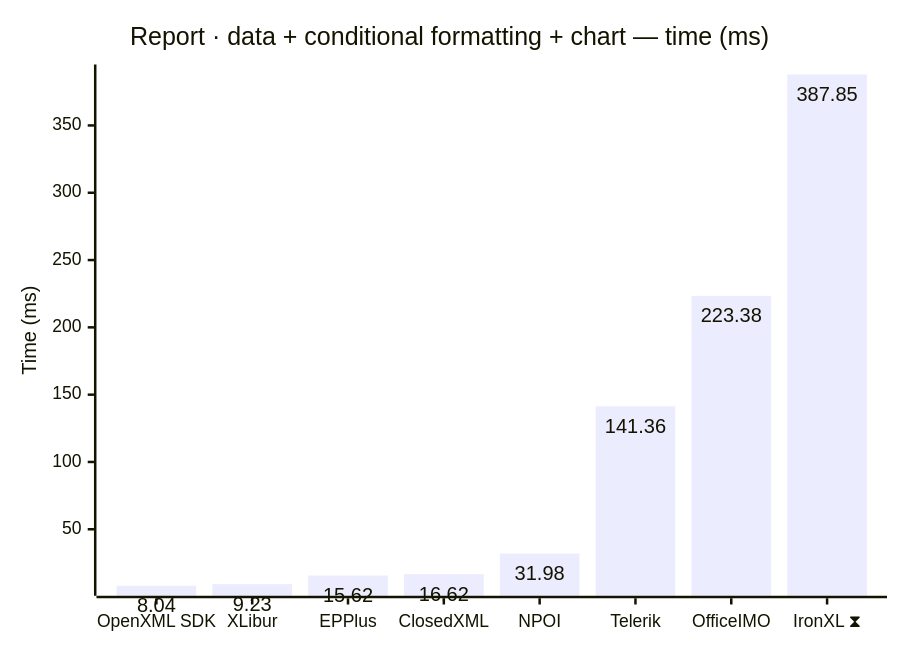
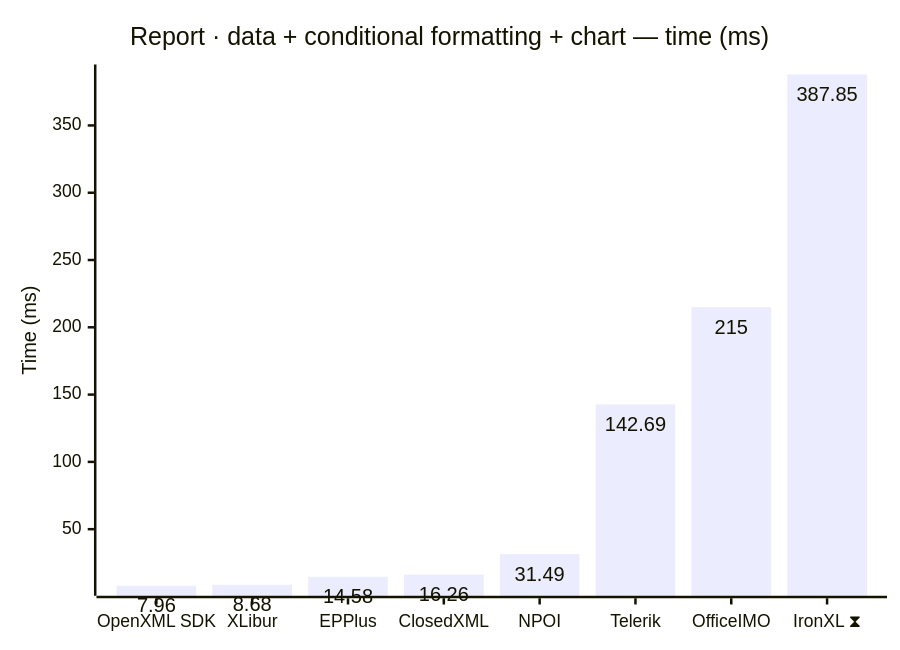
One commit to jafin/XLBench changed the seventh of 12 diagrams in docs/results.md. Above: the diagram before and after it, drawn with Mermaid. The commit also changed other lines of this file and 5 other files, not shown here.

````diff
--- a/docs/results.md
+++ b/docs/results.md
@@ -120,12 +120,12 @@
 ```mermaid
 ---
 config:
   xyChart:
     showDataLabel: true
 ---
 xychart-beta
     title "Report · data + conditional formatting + chart — time (ms)"
     x-axis ["OpenXML SDK", "XLibur", "EPPlus", "ClosedXML", "NPOI", "Telerik", "OfficeIMO", "IronXL ⧗"]
     y-axis "Time (ms)"
-    bar [8.04, 9.23, 15.62, 16.62, 31.98, 141.36, 223.38, 387.85]
+    bar [7.96, 8.68, 14.58, 16.26, 31.49, 142.69, 215, 387.85]
 ```
````
